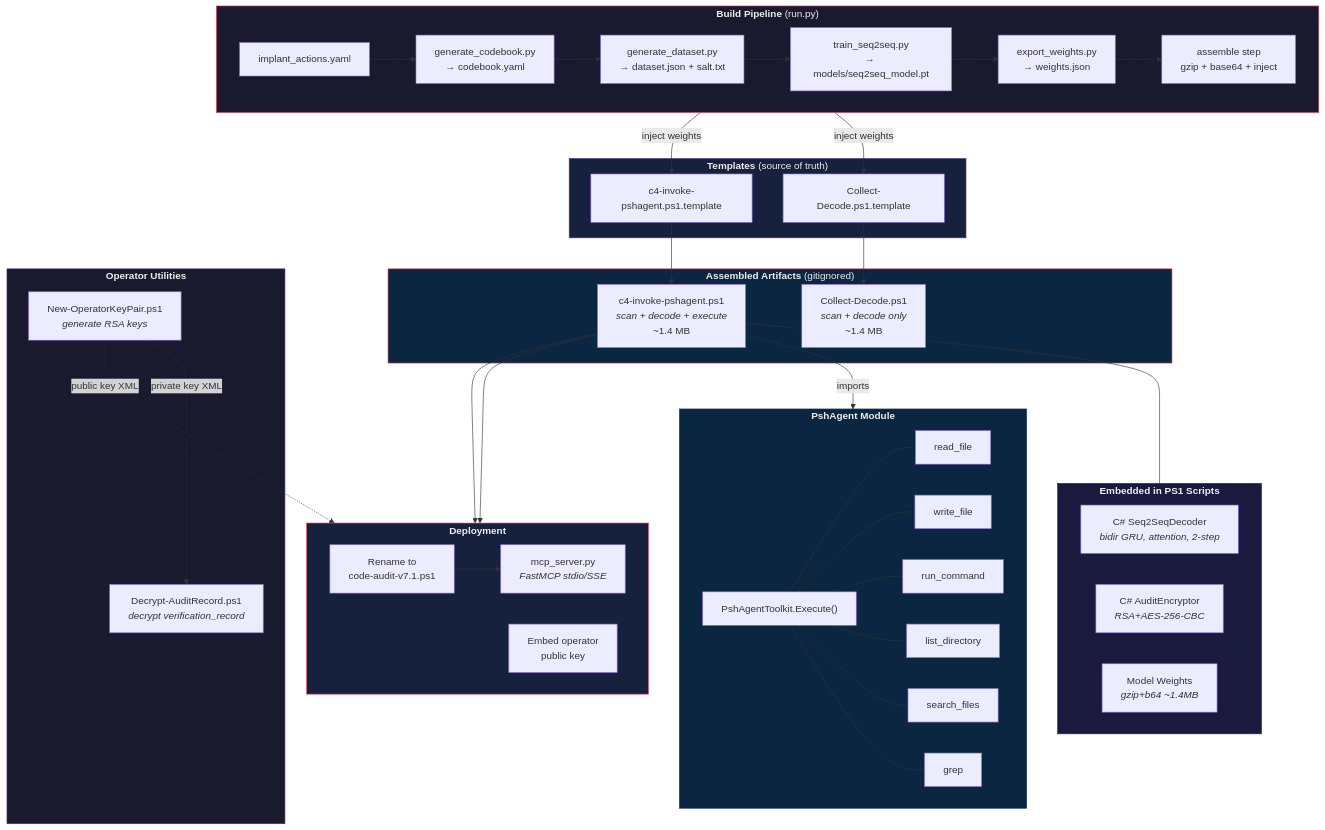
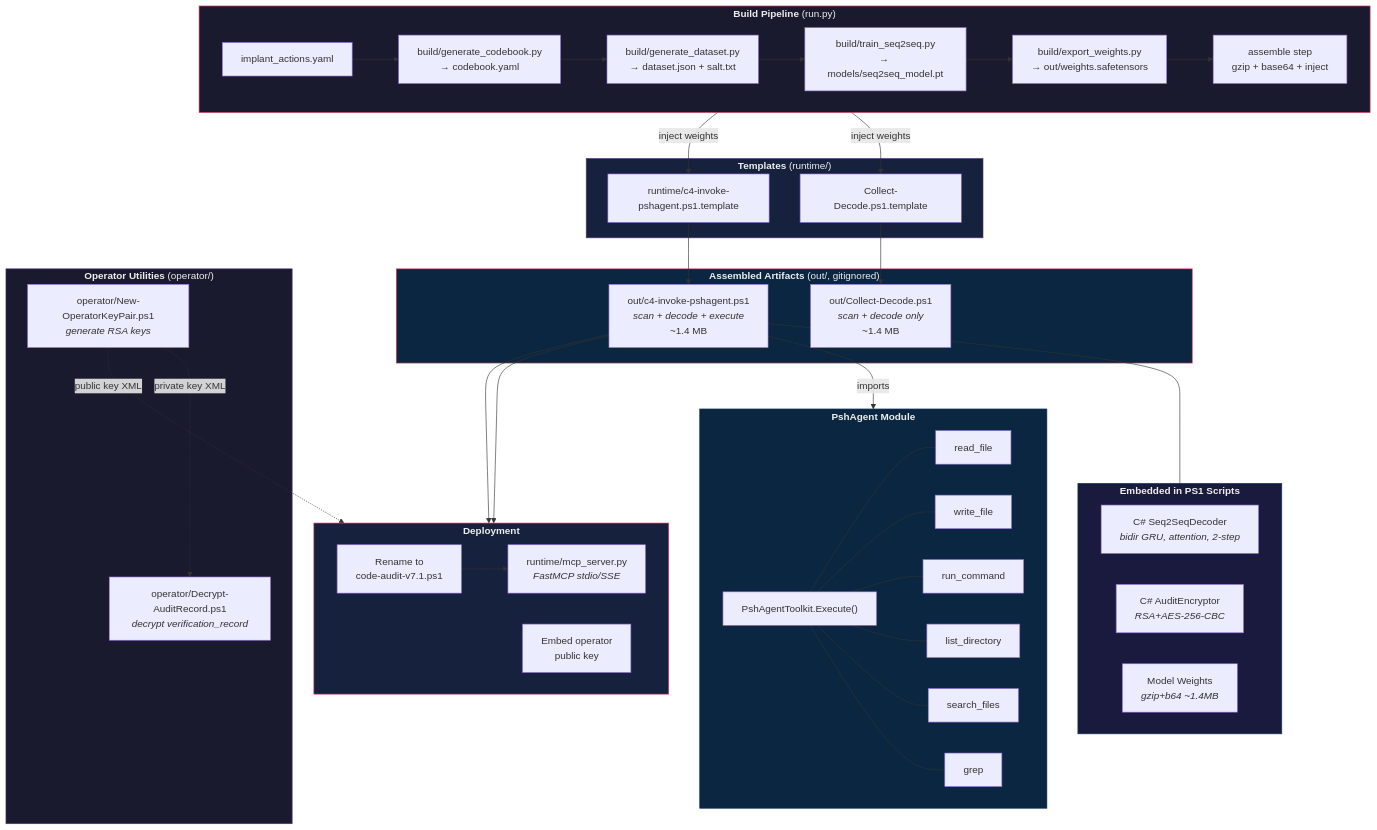
One commit to dreadnode/psh-agent changed the third of 3 diagrams in c4_protocol/README.md. Above: the diagram before and after it, drawn with Mermaid. The commit also changed other lines of this file and 18 other files, not shown here.

First line of the commit message:
refactor: Reorganize c4_protocol into build/, runtime/, operator/, out/ subdirs

````diff
--- a/c4_protocol/README.md
+++ b/c4_protocol/README.md
@@ -310,71 +302,71 @@
 ```mermaid
 flowchart TB
     subgraph Pipeline["<b>Build Pipeline</b> (run.py)"]
         direction LR
-        IA["implant_actions.yaml"] --> CB["generate_codebook.py<br/>→ codebook.yaml"]
-        CB --> DS["generate_dataset.py<br/>→ dataset.json + salt.txt"]
-        DS --> TR["train_seq2seq.py<br/>→ models/seq2seq_model.pt"]
-        TR --> EX["export_weights.py<br/>→ weights.json"]
+        IA["implant_actions.yaml"] --> CB["build/generate_codebook.py<br/>→ codebook.yaml"]
+        CB --> DS["build/generate_dataset.py<br/>→ dataset.json + salt.txt"]
+        DS --> TR["build/train_seq2seq.py<br/>→ models/seq2seq_model.pt"]
+        TR --> EX["build/export_weights.py<br/>→ out/weights.safetensors"]
         EX --> AS["assemble step<br/>gzip + base64 + inject"]
     end
 
-    subgraph Templates["<b>Templates</b> (source of truth)"]
+    subgraph Templates["<b>Templates</b> (runtime/)"]
         T1["Collect-Decode.ps1.template"]
-        T2["c4-invoke-pshagent.ps1.template"]
+        T2["runtime/c4-invoke-pshagent.ps1.template"]
     end
 
-    subgraph Artifacts["<b>Assembled Artifacts</b> (gitignored)"]
-        A1["Collect-Decode.ps1<br/><i>scan + decode only</i><br/>~1.4 MB"]
-        A2["c4-invoke-pshagent.ps1<br/><i>scan + decode + execute</i><br/>~1.4 MB"]
+    subgraph Artifacts["<b>Assembled Artifacts</b> (out/, gitignored)"]
+        A1["out/Collect-Decode.ps1<br/><i>scan + decode only</i><br/>~1.4 MB"]
+        A2["out/c4-invoke-pshagent.ps1<br/><i>scan + decode + execute</i><br/>~1.4 MB"]
     end
 
     AS --> |"inject weights"| T1 --> A1
     AS --> |"inject weights"| T2 --> A2
 
     subgraph Embedded["<b>Embedded in PS1 Scripts</b>"]
         CS["C# Seq2SeqDecoder<br/><i>bidir GRU, attention, 2-step</i>"]
         AE["C# AuditEncryptor<br/><i>RSA+AES-256-CBC</i>"]
         W["Model Weights<br/><i>gzip+b64 ~1.4MB</i>"]
     end
 
     A2 --- Embedded
 
     subgraph Deployment["<b>Deployment</b>"]
         direction LR
         RENAME["Rename to<br/>code-audit-v7.1.ps1"]
         KEY["Embed operator<br/>public key"]
-        MCP2["mcp_server.py<br/><i>FastMCP stdio/SSE</i>"]
+        MCP2["runtime/mcp_server.py<br/><i>FastMCP stdio/SSE</i>"]
     end
 
     A2 --> RENAME --> MCP2
     A2 --> KEY
 
-    subgraph OperatorTools["<b>Operator Utilities</b>"]
-        KG["New-OperatorKeyPair.ps1<br/><i>generate RSA keys</i>"]
-        DC["Decrypt-AuditRecord.ps1<br/><i>decrypt verification_record</i>"]
+    subgraph OperatorTools["<b>Operator Utilities</b> (operator/)"]
+        KG["operator/New-OperatorKeyPair.ps1<br/><i>generate RSA keys</i>"]
+        DC["operator/Decrypt-AuditRecord.ps1<br/><i>decrypt verification_record</i>"]
     end
 
     KG -.->|"public key XML"| KEY
     KG -.->|"private key XML"| DC
 
     subgraph PshAgent["<b>PshAgent Module</b>"]
         TK["PshAgentToolkit.Execute()"]
         RF["read_file"]
         WF["write_file"]
         RC["run_command"]
         LD["list_directory"]
         SF["search_files"]
         GR["grep"]
         TK --- RF & WF & RC & LD & SF & GR
     end
 
     A2 -->|"imports"| PshAgent
 
     style Pipeline fill:#1a1a2e,stroke:#e94560,color:#eee
     style Templates fill:#16213e,stroke:#533483,color:#eee
     style Artifacts fill:#0a2640,stroke:#e94560,color:#eee
     style Embedded fill:#1a1a3e,stroke:#0f3460,color:#eee
     style Deployment fill:#16213e,stroke:#e94560,color:#eee
     style OperatorTools fill:#1a1a2e,stroke:#533483,color:#eee
     style PshAgent fill:#0a2640,stroke:#0f3460,color:#eee
 ```
````
